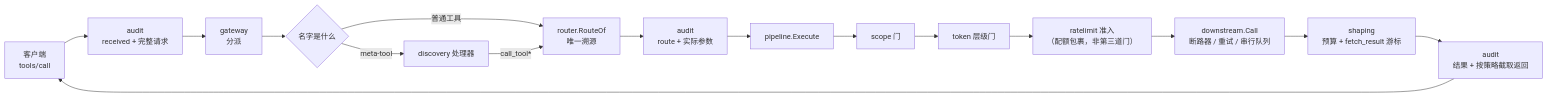
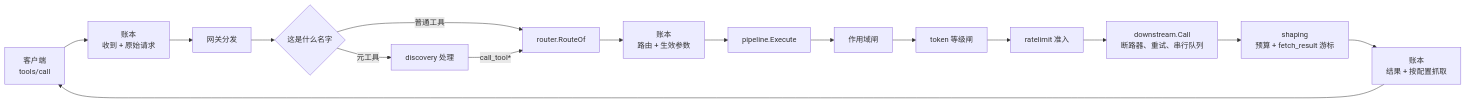
The third of 6 diagrams in docs/zh-CN/architecture.md (dinstein/agent-hub), drawn with Mermaid before and after one commit. The commit also changed other lines of this file and 90 other files, not shown here.

First line of the commit message:
docs: rewrite architecture, and cite sections by name

````diff
--- a/docs/zh-CN/architecture.md
+++ b/docs/zh-CN/architecture.md
@@ -193,15 +160,15 @@
 ```mermaid
 flowchart LR
-    A["客户端<br/>tools/call"] --> AU1["audit<br/>received + 完整请求"]
-    AU1 --> B["gateway<br/>分派"]
-    B --> C{"名字是什么"}
-    C -->|"meta-tool"| D["discovery 处理器"]
-    C -->|"普通工具"| E["router.RouteOf<br/>唯一溯源"]
+    A["客户端<br/>tools/call"] --> AU1["账本<br/>收到 + 原始请求"]
+    AU1 --> B["网关分发"]
+    B --> C{"这是什么名字"}
+    C -->|"元工具"| D["discovery 处理"]
+    C -->|"普通工具"| E["router.RouteOf"]
     D -->|"call_tool*"| E
-    E --> AU2["audit<br/>route + 实际参数"] --> F["pipeline.Execute"]
-    F --> G1["scope 门"] --> G2["token 层级门"]
-    G2 --> H["ratelimit 准入<br/>（配额包裹，非第三道门）"]
-    H --> I["downstream.Call<br/>断路器 / 重试 / 串行队列"]
+    E --> AU2["账本<br/>路由 + 生效参数"] --> F["pipeline.Execute"]
+    F --> G1["作用域闸"] --> G2["token 等级闸"]
+    G2 --> H["ratelimit 准入"]
+    H --> I["downstream.Call<br/>断路器、重试、串行队列"]
     I --> J["shaping<br/>预算 + fetch_result 游标"]
-    J --> AU3["audit<br/>结果 + 按策略截取返回"] --> A
+    J --> AU3["账本<br/>结果 + 按配置抓取"] --> A
 ```
````
